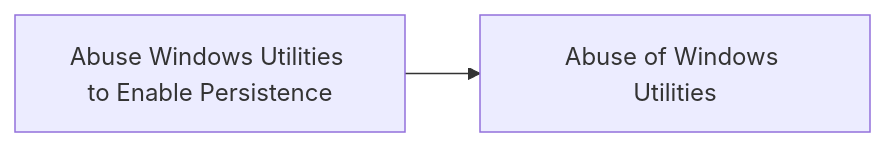
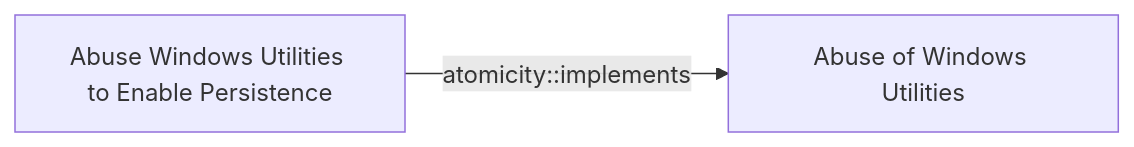
One commit to opentidehq/library changed the diagram in docs/threats/abuse-windows-utilities-to-enable-persistence.md. Above: the diagram before and after it, drawn with Mermaid. The commit also changed other lines of this file and 277 other files, not shown here.

````diff
--- a/docs/threats/abuse-windows-utilities-to-enable-persistence.md
+++ b/docs/threats/abuse-windows-utilities-to-enable-persistence.md
@@ -50,6 +86,6 @@
 ```mermaid
 flowchart LR
 66277f27_d57b_47f8_bc9c_b024c7cd1313["Abuse Windows Utilities to Enable Persistence"]
 d5039f2c_9fcc_4ba3_ad6a_da8c891ba745["Abuse of Windows Utilities"]
-66277f27_d57b_47f8_bc9c_b024c7cd1313 --> d5039f2c_9fcc_4ba3_ad6a_da8c891ba745
+66277f27_d57b_47f8_bc9c_b024c7cd1313 -->|atomicity::implements| d5039f2c_9fcc_4ba3_ad6a_da8c891ba745
 ```
````
